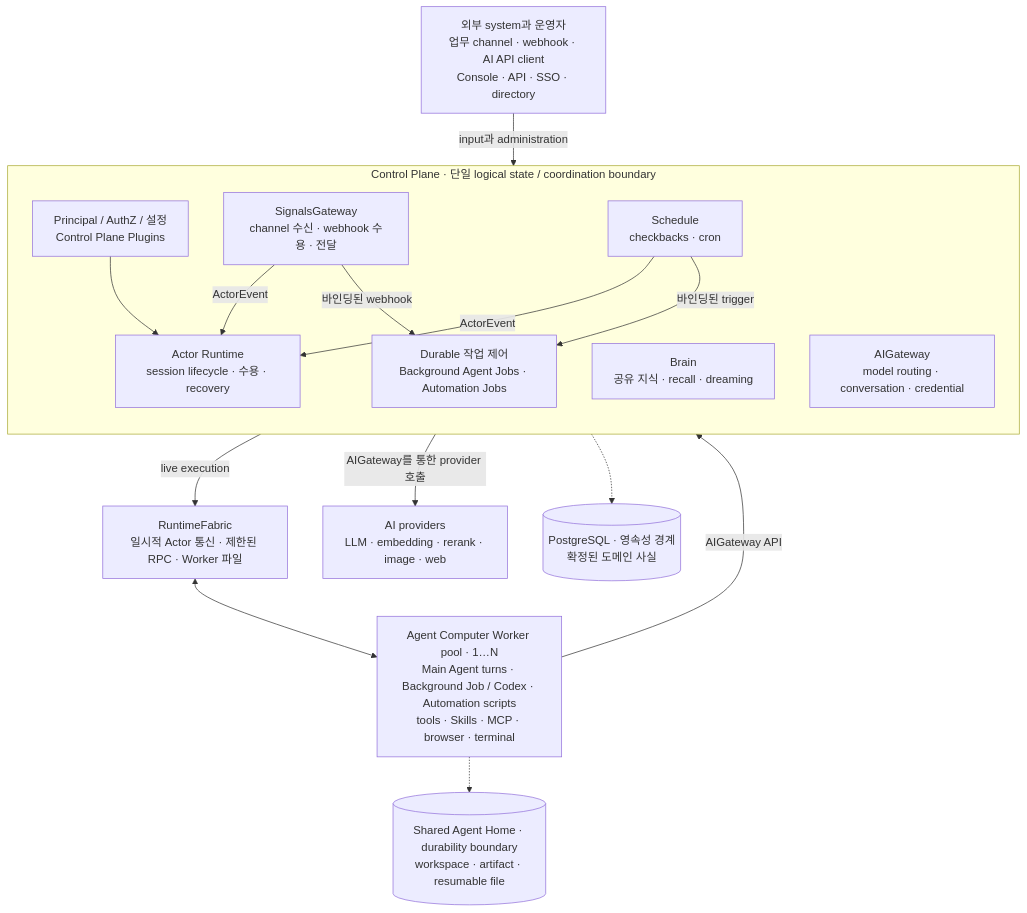
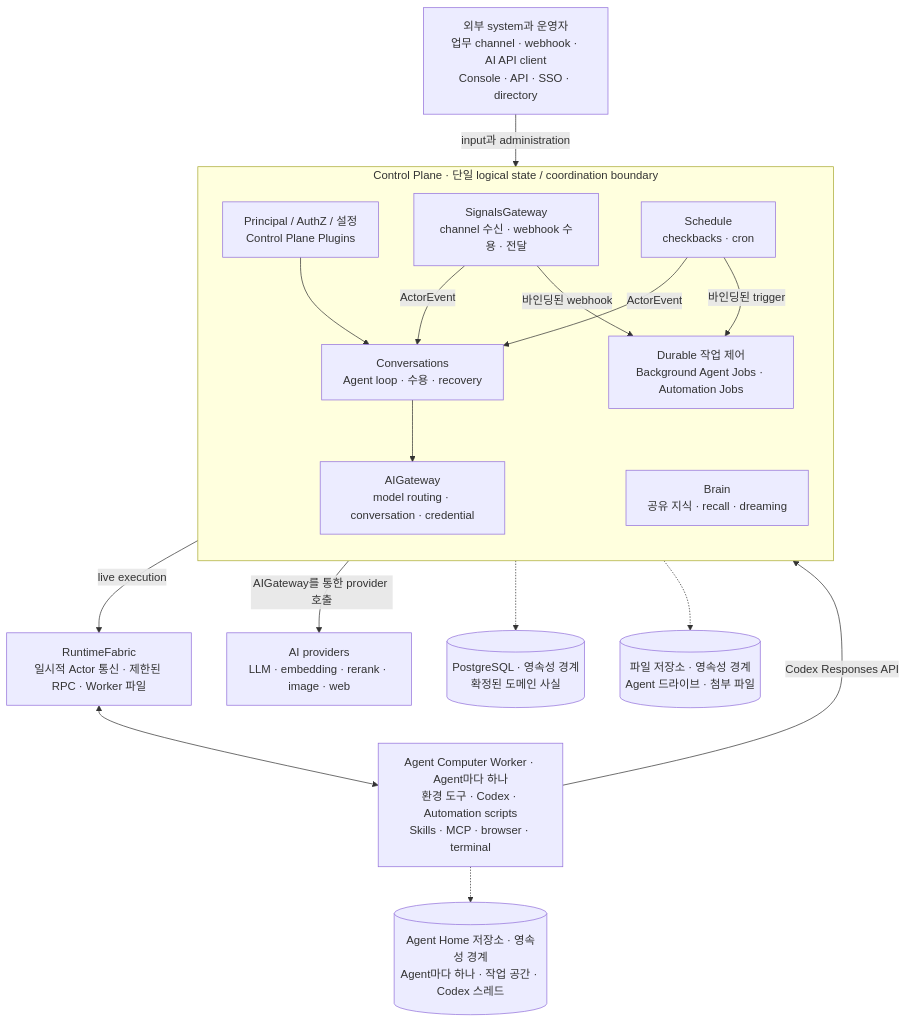
Before and after one commit to AgentBull/ankole: the diagram in README.ko.md, drawn with Mermaid. The commit also changed other lines of this file and 2247 other files, not shown here.

````diff
--- a/README.ko.md
+++ b/README.ko.md
@@ -72,35 +153,38 @@
 ```mermaid
 flowchart TB
   External["외부 system과 운영자<br/>업무 channel · webhook · AI API client<br/>Console · API · SSO · directory"]
 
   subgraph Control["Control Plane · 단일 logical state / coordination boundary"]
     direction TB
     Platform["Principal / AuthZ / 설정<br/>Control Plane Plugins"]
     SG["SignalsGateway<br/>channel 수신 · webhook 수용 · 전달"]
     Schedule["Schedule<br/>checkbacks · cron"]
-    Runtime["Actor Runtime<br/>session lifecycle · 수용 · recovery"]
+    Runtime["Conversations<br/>Agent loop · 수용 · recovery"]
     Jobs["Durable 작업 제어<br/>Background Agent Jobs · Automation Jobs"]
     Brain["Brain<br/>공유 지식 · recall · dreaming"]
     AI["AIGateway<br/>model routing · conversation · credential"]
   end
 
   Fabric["RuntimeFabric<br/>일시적 Actor 통신 · 제한된 RPC · Worker 파일"]
-  Workers["Agent Computer Worker pool · 1…N<br/>Main Agent turns · Background Job / Codex · Automation scripts<br/>tools · Skills · MCP · browser · terminal"]
+  Workers["Agent Computer Worker · Agent마다 하나<br/>환경 도구 · Codex · Automation scripts<br/>Skills · MCP · browser · terminal"]
   Providers["AI providers<br/>LLM · embedding · rerank · image · web"]
 
   PG[("PostgreSQL · 영속성 경계<br/>확정된 도메인 사실")]
-  Home[("Shared Agent Home · durability boundary<br/>workspace · artifact · resumable file")]
+  Files[("파일 저장소 · 영속성 경계<br/>Agent 드라이브 · 첨부 파일")]
+  Homes[("Agent Home 저장소 · 영속성 경계<br/>Agent마다 하나 · 작업 공간 · Codex 스레드")]
 
   External -->|"input과 administration"| Control
   SG -->|"ActorEvent"| Runtime
   Schedule -->|"ActorEvent"| Runtime
   SG -->|"바인딩된 webhook"| Jobs
   Schedule -->|"바인딩된 trigger"| Jobs
   Platform --> Runtime
+  Runtime --> AI
   Control -->|"live execution"| Fabric
   Fabric <--> Workers
-  Workers -->|"AIGateway API"| Control
+  Workers -->|"Codex Responses API"| AI
   Control -->|"AIGateway를 통한 provider 호출"| Providers
   Control -.-> PG
-  Workers -.-> Home
+  Control -.-> Files
+  Workers -.-> Homes
 ```
````
